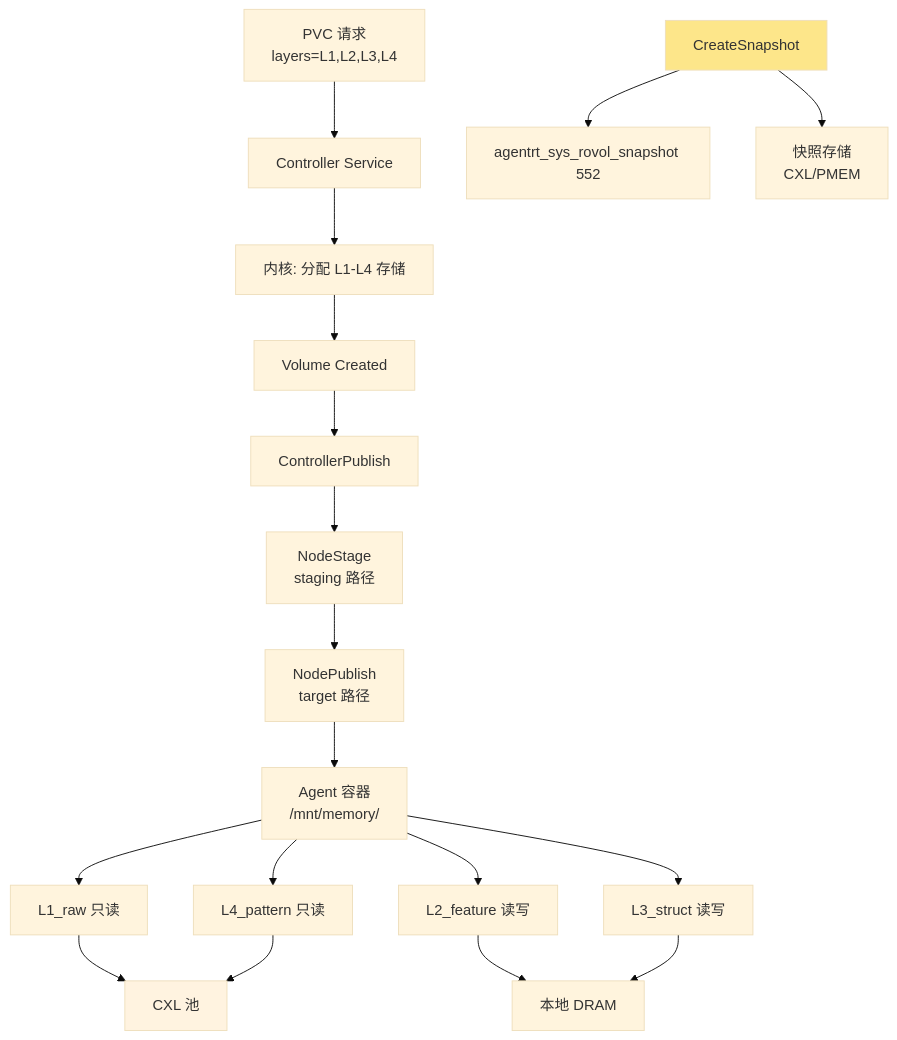
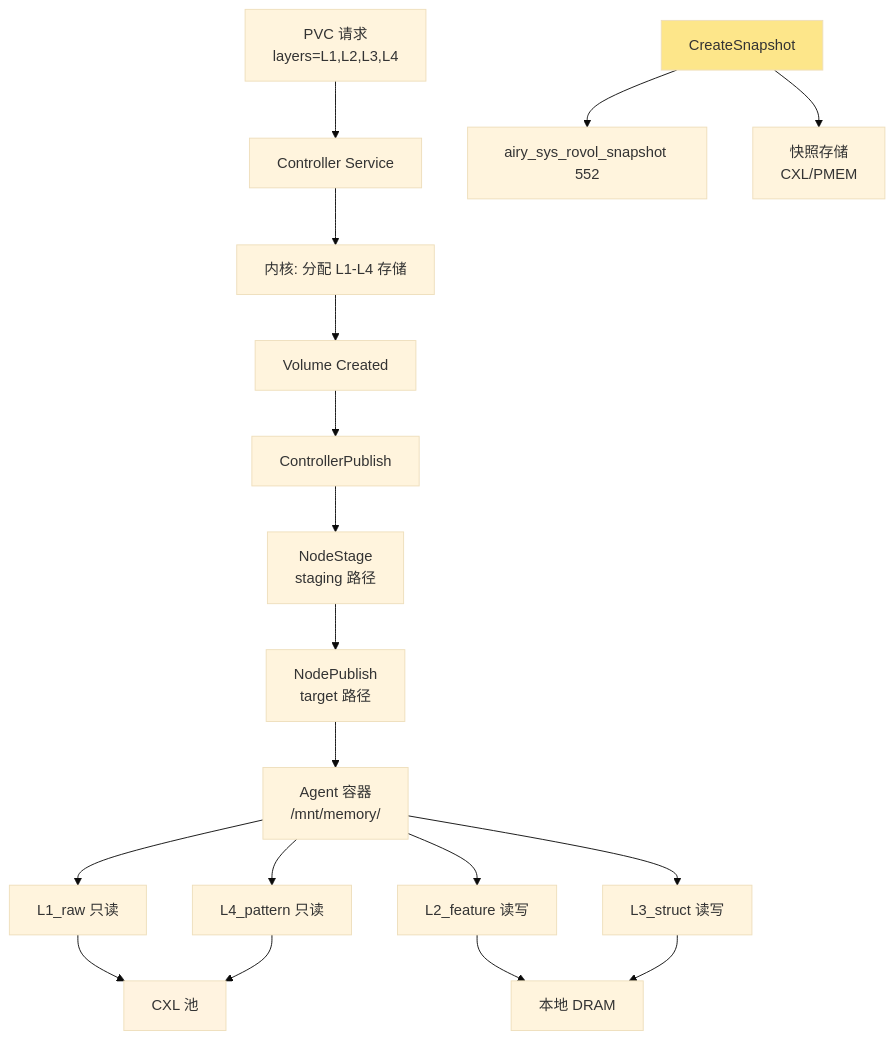
The third of 3 diagrams in 150-cloudnative/05-memoryrovol-csi.md (openairymax/docs-linux), drawn with Mermaid (base theme) before and after one commit. The commit also changed other lines of this file and 132 other files, not shown here.

Commit message:
chore: 完成全项目命名空间从agentrt到airy的统一替换 本次提交完成了代码库中所有`agentrt_`相关命名空间、宏定义、标识符的统一替换，改为`airy_`前缀，同时完成了部分文档的排版优化与路径修正： 1. 替换了所有API函数、结构体、宏定义的命名前缀 2. 更新了文档中的示例代码与引用路径

````diff
--- a/150-cloudnative/05-memoryrovol-csi.md
+++ b/150-cloudnative/05-memoryrovol-csi.md
@@ -470,27 +470,27 @@
 ```mermaid
 flowchart TB
     PVC[PVC 请求<br/>layers=L1,L2,L3,L4] --> CTRL[Controller Service]
     CTRL --> KERN1[内核: 分配 L1-L4 存储]
     KERN1 --> VOL[Volume Created]
     
     VOL --> PUB[ControllerPublish]
     PUB --> STAGE[NodeStage<br/>staging 路径]
     STAGE --> PUBLISH[NodePublish<br/>target 路径]
     PUBLISH --> CONTAINER[Agent 容器<br/>/mnt/memory/]
     
     CONTAINER --> L1[L1_raw 只读]
     CONTAINER --> L2[L2_feature 读写]
     CONTAINER --> L3[L3_struct 读写]
     CONTAINER --> L4[L4_pattern 只读]
     
     L1 --> CXL[CXL 池]
     L4 --> CXL
     L2 --> DRAM[本地 DRAM]
     L3 --> DRAM
     
-    SNAP[CreateSnapshot] --> KERN2[agentrt_sys_rovol_snapshot 552]
+    SNAP[CreateSnapshot] --> KERN2[airy_sys_rovol_snapshot 552]
     SNAP --> SNAPSTORE[快照存储<br/>CXL/PMEM]
     
     style CXL fill:#fff3e0
     style SNAP fill:#fde68a
 ```
````
